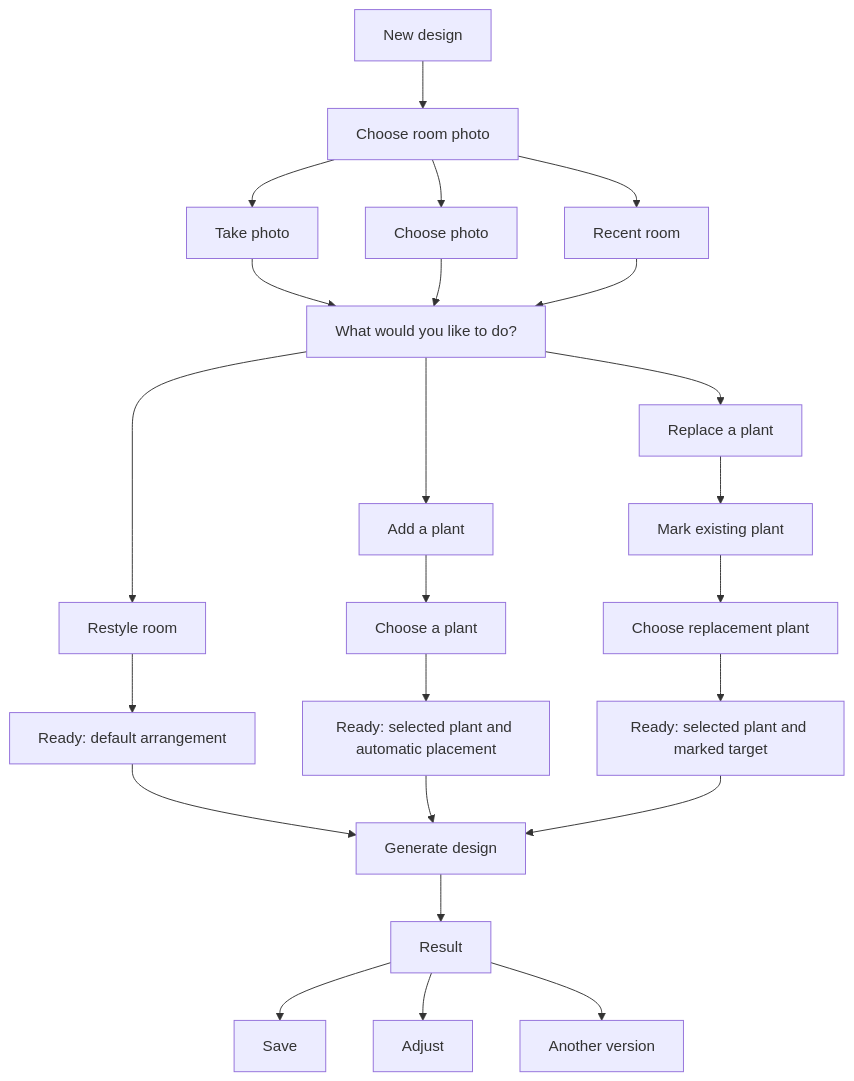
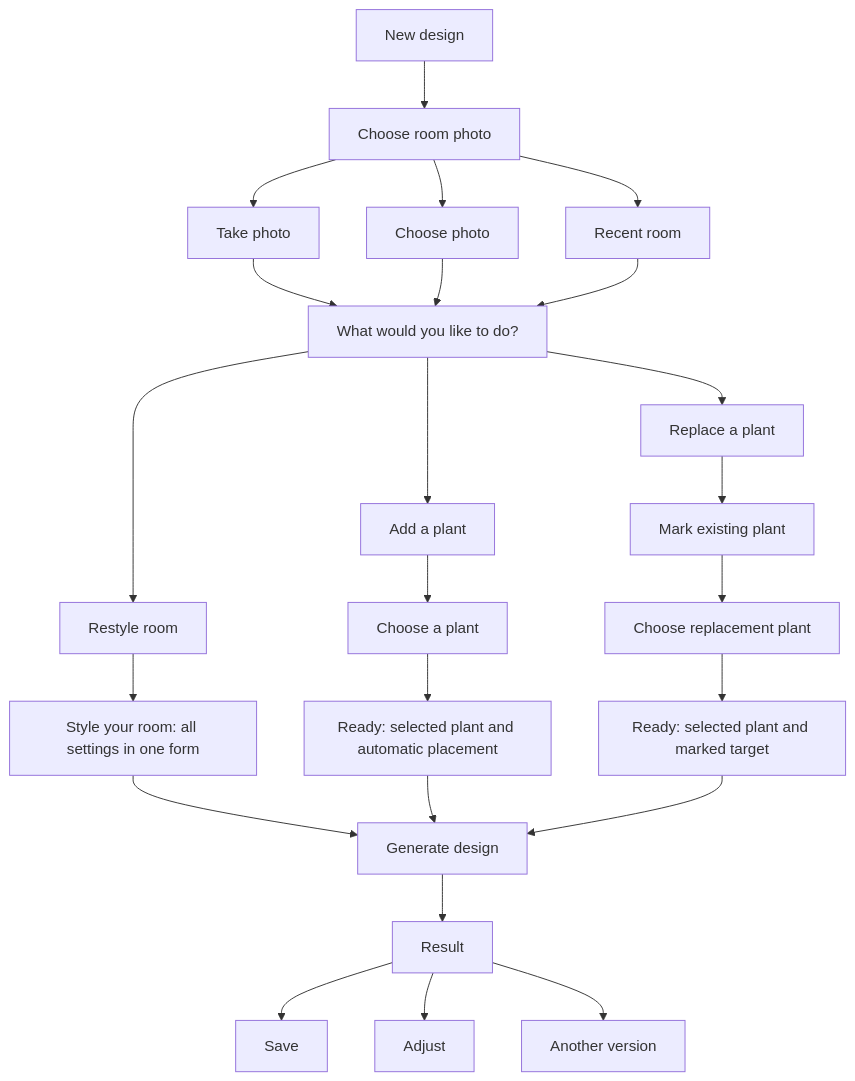
One commit to tpmorg/planteriors-ai changed the first of 2 diagrams in docs/image-capture-refactor-plan.md. Above: the diagram before and after it, drawn with Mermaid. The commit also changed other lines of this file and 20 other files, not shown here.

````diff
--- a/docs/image-capture-refactor-plan.md
+++ b/docs/image-capture-refactor-plan.md
@@ -46,26 +46,26 @@
 ```mermaid
 flowchart TD
     A[New design] --> B[Choose room photo]
     B --> C[Take photo]
     B --> D[Choose photo]
     B --> E[Recent room]
     C --> F[What would you like to do?]
     D --> F
     E --> F
     F --> G[Restyle room]
     F --> H[Add a plant]
     F --> I[Replace a plant]
-    G --> J[Ready: default arrangement]
+    G --> J[Style your room: all settings in one form]
     H --> K[Choose a plant]
     K --> L[Ready: selected plant and automatic placement]
     I --> M[Mark existing plant]
     M --> N[Choose replacement plant]
     N --> O[Ready: selected plant and marked target]
     J --> P[Generate design]
     L --> P
     O --> P
     P --> Q[Result]
     Q --> R[Save]
     Q --> S[Adjust]
     Q --> T[Another version]
 ```
````
